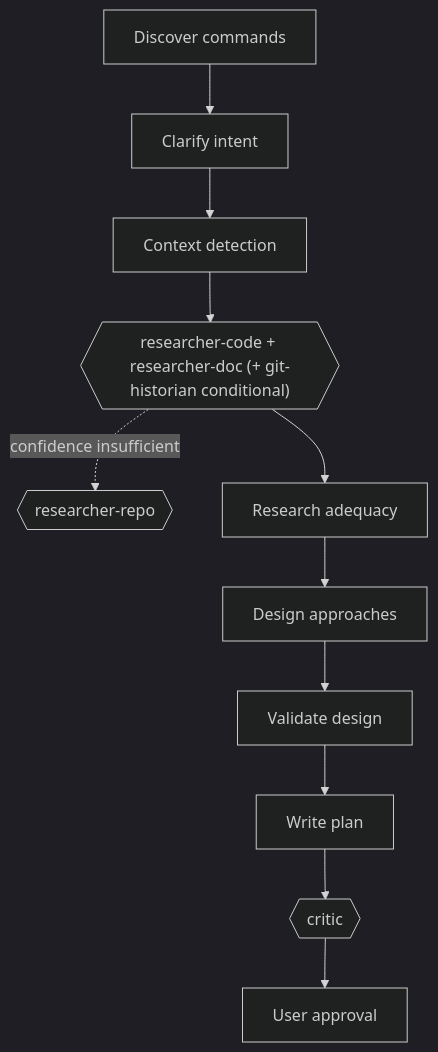
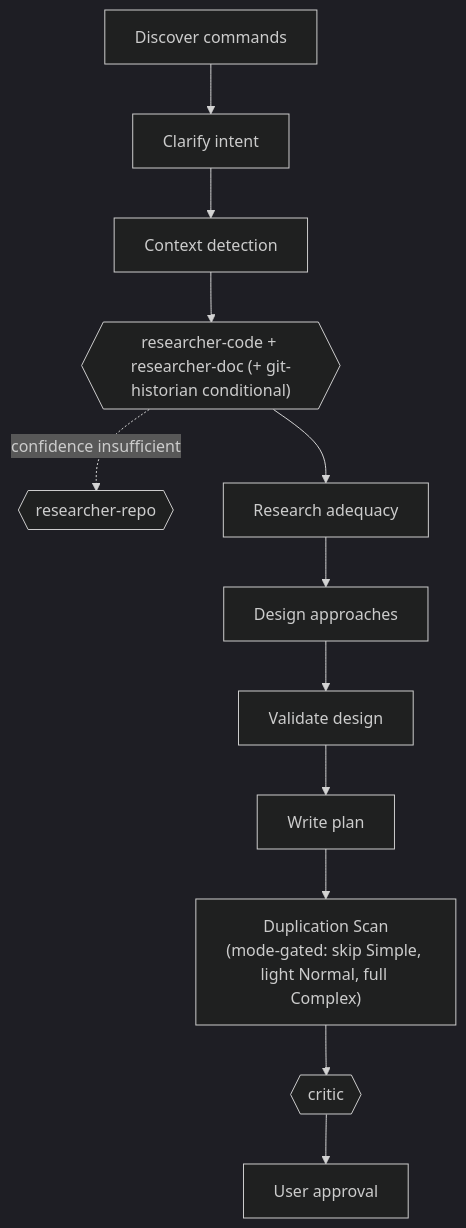
The third of 17 diagrams in README.md (gigi206/ops), drawn with Mermaid (dark theme) before and after one commit. The commit also changed other lines of this file and 15 other files, not shown here.

````diff
--- a/README.md
+++ b/README.md
@@ -313,13 +316,14 @@
 ```mermaid
 flowchart TD
     DC["Discover commands"] --> CI["Clarify intent"]
     CI --> C["Context detection"]
     C --> R{{"researcher-code + researcher-doc (+ git-historian conditional)"}}
     R -.->|confidence insufficient| RR{{"researcher-repo"}}
     R --> RA["Research adequacy"]
     RA --> D["Design approaches"]
     D --> V["Validate design"]
     V --> P["Write plan"]
-    P --> CR{{"critic"}}
+    P --> DS["Duplication Scan<br/>(mode-gated: skip Simple, light Normal, full Complex)"]
+    DS --> CR{{"critic"}}
     CR --> A["User approval"]
 ```
````
